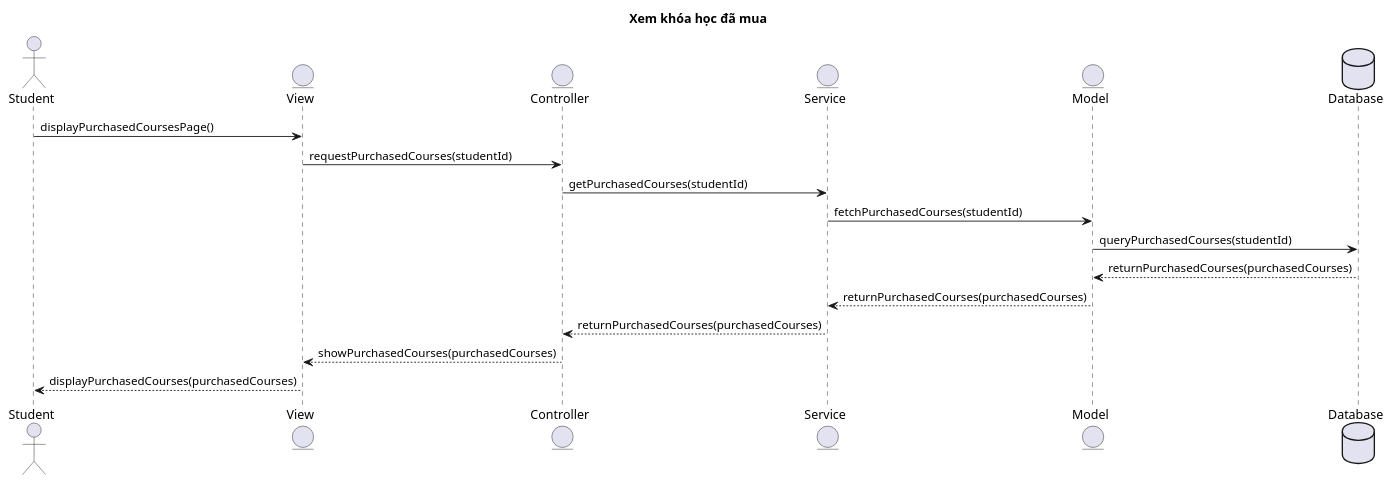
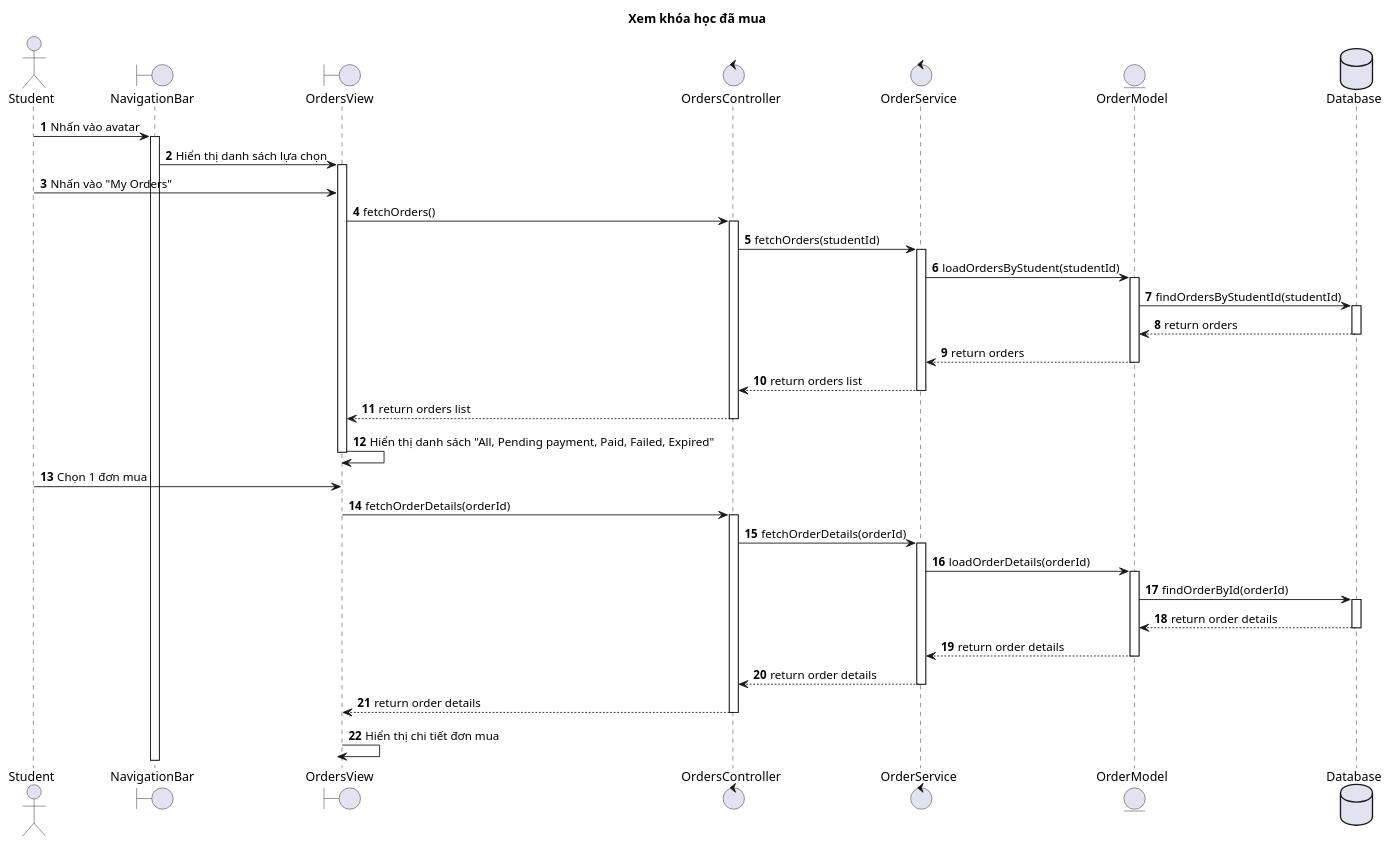
The diagram in sequence-diagram/UC_010 Xem khóa học đã mua.puml (UniversityWeb/easy-english-be), drawn with PlantUML before and after one commit. The commit also changed 13 other files, not shown here.

```diff
--- a/sequence-diagram/UC_010 Xem khóa học đã mua.puml
+++ b/sequence-diagram/UC_010 Xem khóa học đã mua.puml
@@ -1,22 +1,69 @@
 @startuml
 title Xem khóa học đã mua
 
+autonumber
+
 actor Student
-entity View
-entity Controller
-entity Service
-entity Model
-Database Database
+boundary NavigationBar
+boundary OrdersView
+control OrdersController
+control OrderService
+entity OrderModel
+database Database
 
-Student -> View : displayPurchasedCoursesPage()
-View -> Controller : requestPurchasedCourses(studentId)
-Controller -> Service : getPurchasedCourses(studentId)
-Service -> Model : fetchPurchasedCourses(studentId)
-Model -> Database : queryPurchasedCourses(studentId)
-Database --> Model : returnPurchasedCourses(purchasedCourses)
-Model --> Service : returnPurchasedCourses(purchasedCourses)
-Service --> Controller : returnPurchasedCourses(purchasedCourses)
-Controller --> View : showPurchasedCourses(purchasedCourses)
-View --> Student : displayPurchasedCourses(purchasedCourses)
+Student -> NavigationBar : Nhấn vào avatar
+activate NavigationBar
+NavigationBar -> OrdersView : Hiển thị danh sách lựa chọn
+activate OrdersView
+
+Student -> OrdersView : Nhấn vào "My Orders"
+OrdersView -> OrdersController : fetchOrders()
+activate OrdersController
+
+OrdersController -> OrderService : fetchOrders(studentId)
+activate OrderService
+
+OrderService -> OrderModel : loadOrdersByStudent(studentId)
+activate OrderModel
+OrderModel -> Database : findOrdersByStudentId(studentId)
+activate Database
+Database --> OrderModel : return orders
+deactivate Database
+OrderModel --> OrderService : return orders
+deactivate OrderModel
+
+OrderService --> OrdersController : return orders list
+deactivate OrderService
+
+OrdersController --> OrdersView : return orders list
+deactivate OrdersController
+
+OrdersView -> OrdersView : Hiển thị danh sách "All, Pending payment, Paid, Failed, Expired"
+deactivate OrdersView
+
+Student -> OrdersView : Chọn 1 đơn mua
+OrdersView -> OrdersController : fetchOrderDetails(orderId)
+activate OrdersController
+
+OrdersController -> OrderService : fetchOrderDetails(orderId)
+activate OrderService
+
+OrderService -> OrderModel : loadOrderDetails(orderId)
+activate OrderModel
+OrderModel -> Database : findOrderById(orderId)
+activate Database
+Database --> OrderModel : return order details
+deactivate Database
+OrderModel --> OrderService : return order details
+deactivate OrderModel
+
+OrderService --> OrdersController : return order details
+deactivate OrderService
+
+OrdersController --> OrdersView : return order details
+deactivate OrdersController
+
+OrdersView -> OrdersView : Hiển thị chi tiết đơn mua
+deactivate OrdersView
 
 @enduml
```
